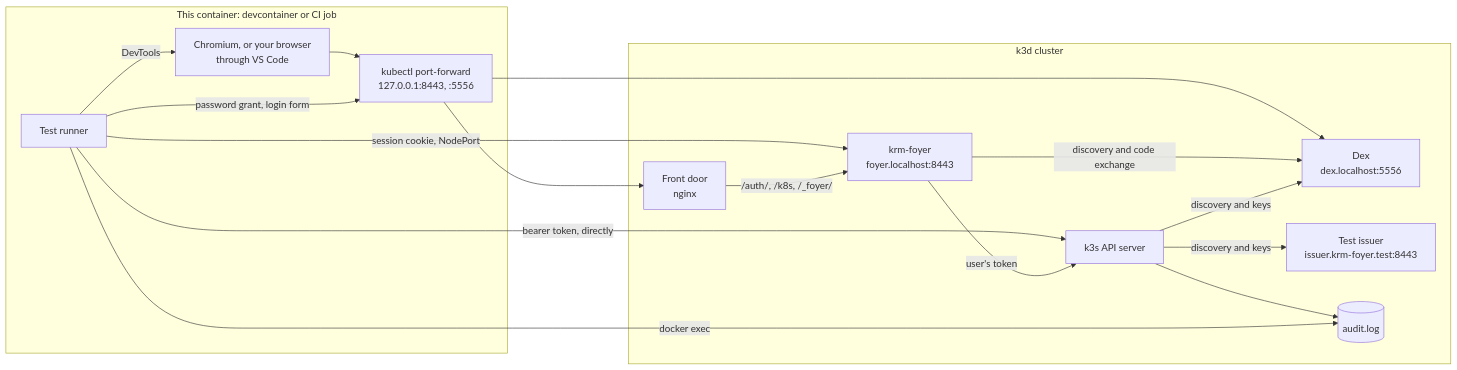
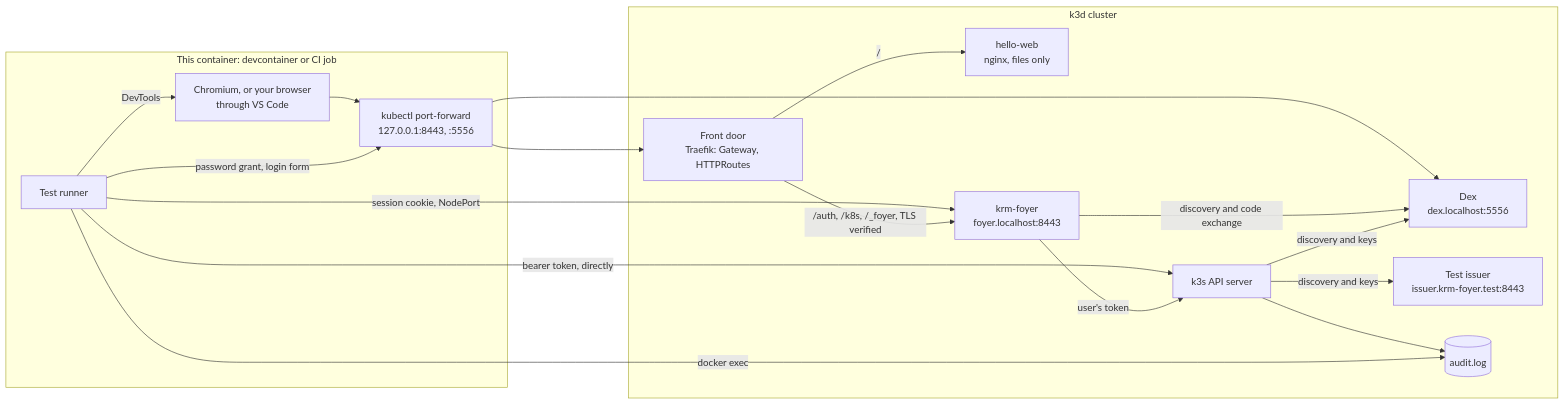
Before and after one commit to ConfigButler/krm-foyer: the diagram in docs/testing.md, drawn with Mermaid. The commit also changed other lines of this file and 17 other files, not shown here.

First line of the commit message:
test: put the demo behind a Gateway API front door, with Traefik as in gitops-reverser

````diff
--- a/docs/testing.md
+++ b/docs/testing.md
@@ -157,30 +157,32 @@
 ```mermaid
 flowchart LR
     subgraph C[This container: devcontainer or CI job]
       T[Test runner]
       B[Chromium, or your browser<br/>through VS Code]
       PF[kubectl port-forward<br/>127.0.0.1:8443, :5556]
     end
     subgraph K3S[k3d cluster]
       K[k3s API server]
       D[Dex<br/>dex.localhost:5556]
       I[Test issuer<br/>issuer.krm-foyer.test:8443]
-      FD[Front door<br/>nginx]
+      FD[Front door<br/>Traefik: Gateway, HTTPRoutes]
+      W[hello-web<br/>nginx, files only]
       F[krm-foyer<br/>foyer.localhost:8443]
       A[(audit.log)]
     end
     B --> PF
     T -->|password grant, login form| PF
     PF --> D
     PF --> FD
     T -->|DevTools| B
     T -->|bearer token, directly| K
     T -->|session cookie, NodePort| F
-    FD -->|/auth/, /k8s, /_foyer/| F
+    FD -->|/| W
+    FD -->|/auth, /k8s, /_foyer, TLS verified| F
     F -->|user's token| K
     F -->|discovery and code exchange| D
     K -->|discovery and keys| D
     K -->|discovery and keys| I
     K --> A
     T -->|docker exec| A
 ```
````
